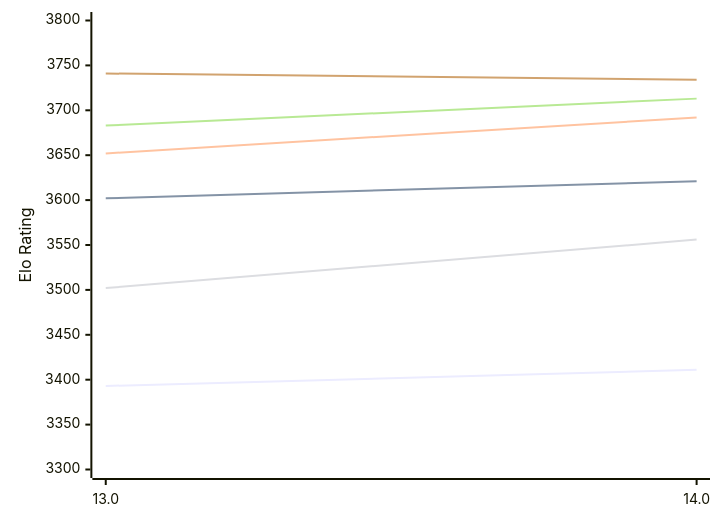
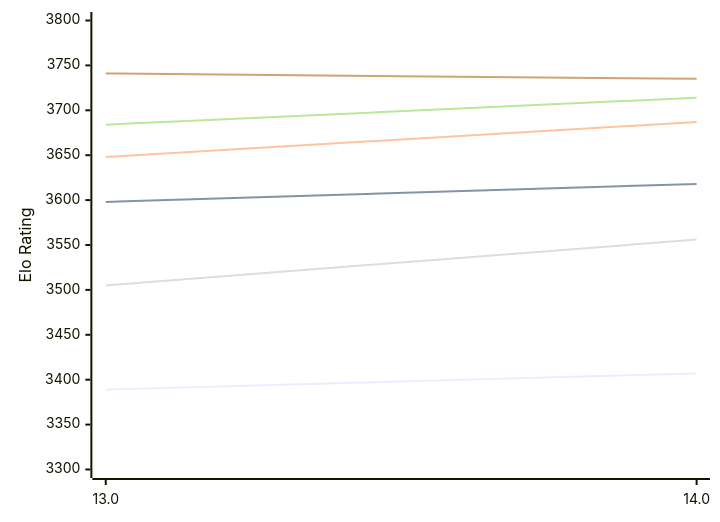
One commit to computer-chess-index/cci changed the first of 2 diagrams in engines/Tcheran.md. Above: the diagram before and after it, drawn with Mermaid. The commit also changed other lines of this file, not shown here.

Commit message:
Update CCI Ratings (ELO VLTC) - 2026-11-09

````diff
--- a/engines/Tcheran.md
+++ b/engines/Tcheran.md
@@ -55,12 +55,12 @@
 ```mermaid
 %%{init: {"theme":"base","themeVariables":{"seriesColors:['#a3a3a3','#222221','#faa371']}}}%%
 xychart-beta
   x-axis ["13.0", "14.0"]
   y-axis "Elo Rating" 3300 --> 3800
-  line "E1: STC (8.0+0.08s)" [3393, 3411]
-  line "E1: LTC (60.0+0.60s)" [3602, 3621]
-  line "E1: VLTC (2m24s+1.12s)" [3652, 3692]
-  line "P1: STC (8.0+0.08s)" [3502, 3556]
-  line "P1: LTC (60.0+0.60s)" [3683, 3713]
-  line "P1: VLTC (2m24s+1.12s)" [3741, 3734]
+  line "E1: STC (8.0+0.08s)" [3389, 3407]
+  line "E1: LTC (60.0+0.60s)" [3598, 3618]
+  line "E1: VLTC (2m24s+1.12s)" [3648, 3687]
+  line "P1: STC (8.0+0.08s)" [3505, 3556]
+  line "P1: LTC (60.0+0.60s)" [3684, 3714]
+  line "P1: VLTC (2m24s+1.12s)" [3741, 3735]
 ```
````
